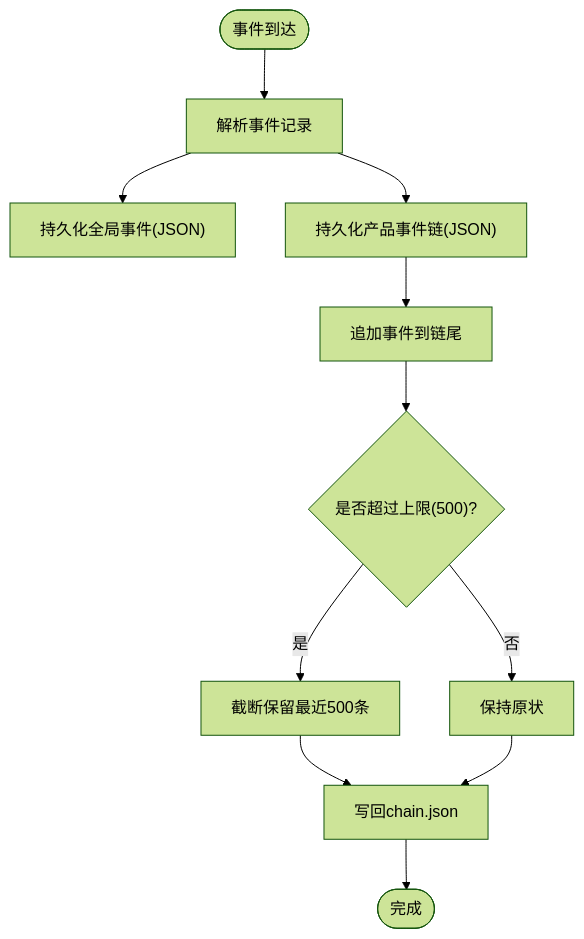
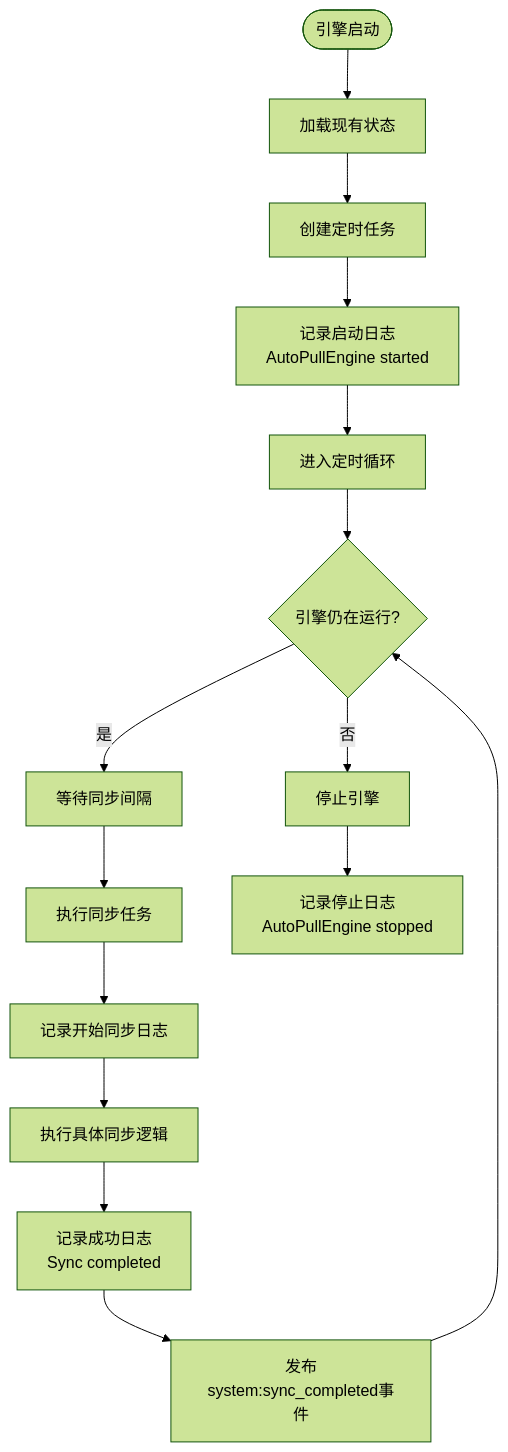
Before and after one commit to angledick/-: the third of 10 diagrams in .qoder/repowiki/zh/content/监控与运维/日志管理.md, drawn with Mermaid (forest theme). The commit also changed other lines of this file and 770 other files, not shown here.

````diff
--- a/.qoder/repowiki/zh/content/监控与运维/日志管理.md
+++ b/.qoder/repowiki/zh/content/监控与运维/日志管理.md
@@ -124,13 +163,17 @@
 ```mermaid
 flowchart TD
-Start(["事件到达"]) --> Parse["解析事件记录"]
-Parse --> PersistGlobal["持久化全局事件(JSON)"]
-Parse --> PersistProduct["持久化产品事件链(JSON)"]
-PersistProduct --> Append["追加事件到链尾"]
-Append --> Trim{"是否超过上限(500)?"}
-Trim --> |是| Slice["截断保留最近500条"]
-Trim --> |否| Keep["保持原状"]
-Slice --> Write["写回chain.json"]
-Keep --> Write
-Write --> End(["完成"])
+Start(["引擎启动"]) --> LoadState["加载现有状态"]
+LoadState --> CreateTasks["创建定时任务"]
+CreateTasks --> LogStart["记录启动日志<br/>AutoPullEngine started"]
+LogStart --> ScheduleLoop["进入定时循环"]
+ScheduleLoop --> CheckRunning{"引擎仍在运行?"}
+CheckRunning --> |是| Sleep["等待同步间隔"]
+Sleep --> ExecuteSync["执行同步任务"]
+ExecuteSync --> LogStartSync["记录开始同步日志"]
+LogStartSync --> SyncProcess["执行具体同步逻辑"]
+SyncProcess --> LogSuccess["记录成功日志<br/>Sync completed"]
+LogSuccess --> PublishEvent["发布system:sync_completed事件"]
+PublishEvent --> CheckRunning
+CheckRunning --> |否| StopEngine["停止引擎"]
+StopEngine --> LogStop["记录停止日志<br/>AutoPullEngine stopped"]
 ```
````
